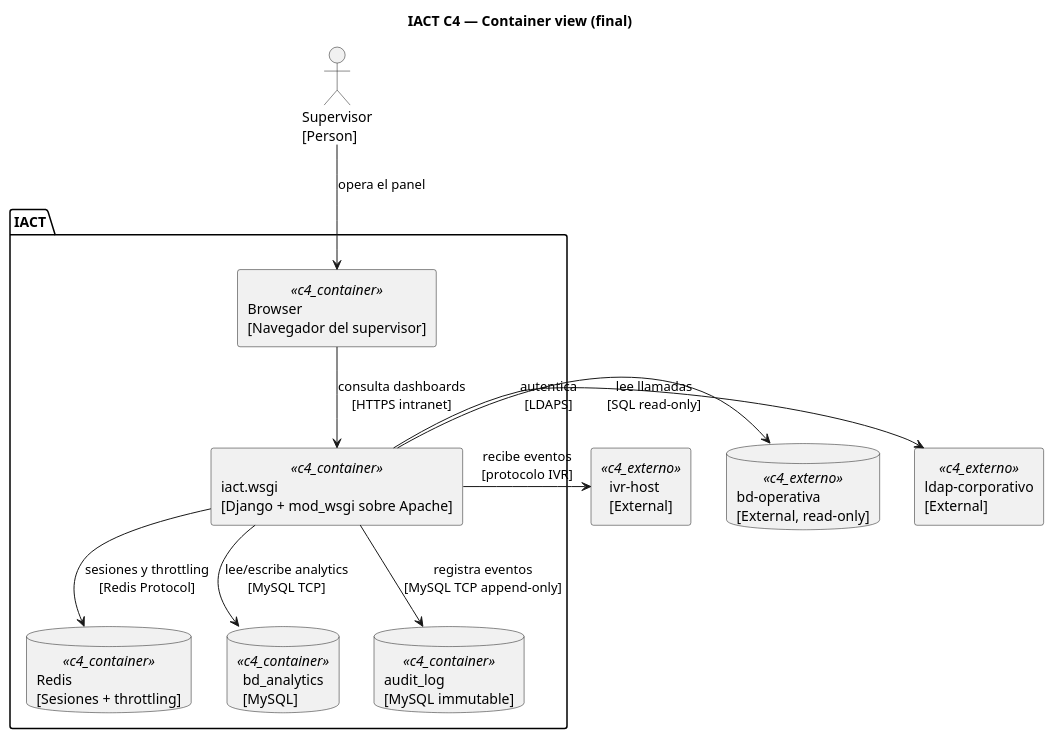
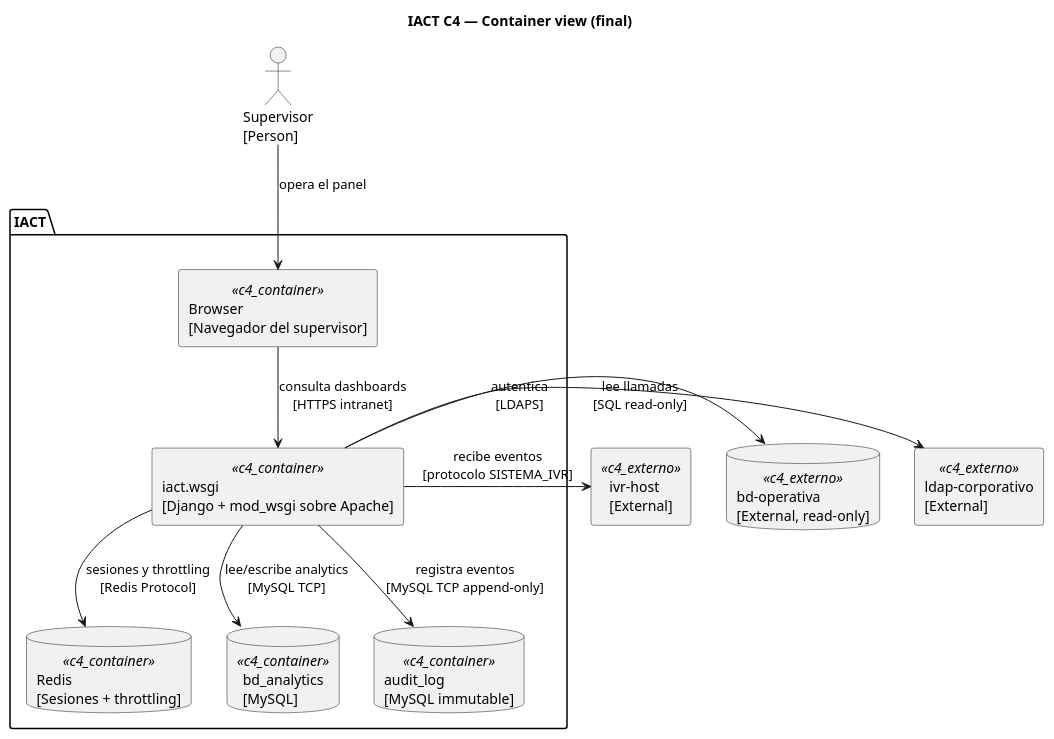
One commit to jcg-admin/IACT-docs changed the diagram in source/requisitos/_metodologia-aplicacion/diagramas-distribucion/aplicacion-a-iact-container-view-final.rst. Above: the diagram before and after it, drawn with PlantUML. The commit also changed 99 other files, not shown here.

First line of the commit message:
Fix ABREV_CORTA aliases in PlantUML blocks (97 files)

```diff
--- a/source/requisitos/_metodologia-aplicacion/diagramas-distribucion/aplicacion-a-iact-container-view-final.rst
+++ b/source/requisitos/_metodologia-aplicacion/diagramas-distribucion/aplicacion-a-iact-container-view-final.rst
@@ -7,31 +7,31 @@
 .. uml::
 
    @startuml
    title IACT C4 — Container view (final)
 
    actor "Supervisor\n[Person]" as Supervisor
 
    package "IACT" {
      rectangle "Browser\n[Navegador del supervisor]" as Browser <<c4_container>>
-     rectangle "iact.wsgi\n[Django + mod_wsgi sobre Apache]" as WSGI <<c4_container>>
+     rectangle "iact.wsgi\n[Django + mod_wsgi sobre Apache]" as SERVIDOR_WSGI <<c4_container>>
      database "Redis\n[Sesiones + throttling]" as Redis <<c4_container>>
-     database "bd_analytics\n[MySQL]" as BDA <<c4_container>>
+     database "bd_analytics\n[MySQL]" as BD_ANALYTICS <<c4_container>>
      database "audit_log\n[MySQL immutable]" as Audit <<c4_container>>
    }
 
    together {
-     rectangle "ldap-corporativo\n[External]" as LDAP <<c4_externo>>
-     database "bd-operativa\n[External, read-only]" as BDO <<c4_externo>>
-     rectangle "ivr-host\n[External]" as IVR <<c4_externo>>
+     rectangle "ldap-corporativo\n[External]" as LDAP_CORPORATIVO <<c4_externo>>
+     database "bd-operativa\n[External, read-only]" as BD_OPERATIVA <<c4_externo>>
+     rectangle "ivr-host\n[External]" as SISTEMA_IVR <<c4_externo>>
    }
 
    Supervisor -down-> Browser : opera el panel
-   Browser -down-> WSGI : consulta dashboards\n[HTTPS intranet]
-   WSGI -down-> Redis : sesiones y throttling\n[Redis Protocol]
-   WSGI -down-> BDA : lee/escribe analytics\n[MySQL TCP]
-   WSGI -down-> Audit : registra eventos\n[MySQL TCP append-only]
+   Browser -down-> SERVIDOR_WSGI : consulta dashboards\n[HTTPS intranet]
+   SERVIDOR_WSGI -down-> Redis : sesiones y throttling\n[Redis Protocol]
+   SERVIDOR_WSGI -down-> BD_ANALYTICS : lee/escribe analytics\n[MySQL TCP]
+   SERVIDOR_WSGI -down-> Audit : registra eventos\n[MySQL TCP append-only]
 
-   WSGI -right-> LDAP : autentica\n[LDAPS]
-   WSGI -right-> BDO : lee llamadas\n[SQL read-only]
-   WSGI -right-> IVR : recibe eventos\n[protocolo IVR]
+   SERVIDOR_WSGI -right-> LDAP_CORPORATIVO : autentica\n[LDAPS]
+   SERVIDOR_WSGI -right-> BD_OPERATIVA : lee llamadas\n[SQL read-only]
+   SERVIDOR_WSGI -right-> SISTEMA_IVR : recibe eventos\n[protocolo SISTEMA_IVR]
    @enduml
```
